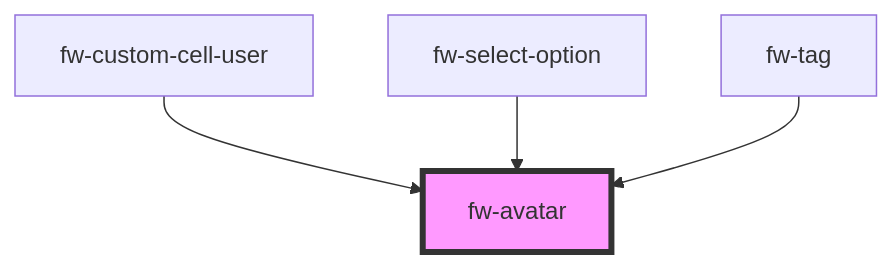
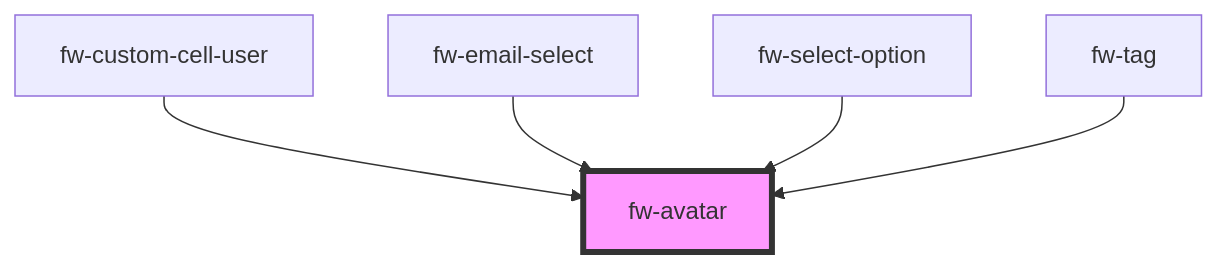
One commit to freshworks/crayons changed the diagram in packages/crayons-core/src/components/avatar/readme.md. Above: the diagram before and after it, drawn with Mermaid. The commit also changed other lines of this file and 13 other files, not shown here.

Commit message:
feat(email header component changes): changes in Tag, avatar and list options

````diff
--- a/packages/crayons-core/src/components/avatar/readme.md
+++ b/packages/crayons-core/src/components/avatar/readme.md
@@ -115,7 +116,8 @@
 ```mermaid
 graph TD;
   fw-custom-cell-user --> fw-avatar
+  fw-email-select --> fw-avatar
   fw-select-option --> fw-avatar
   fw-tag --> fw-avatar
   style fw-avatar fill:#f9f,stroke:#333,stroke-width:4px
 ```
````
